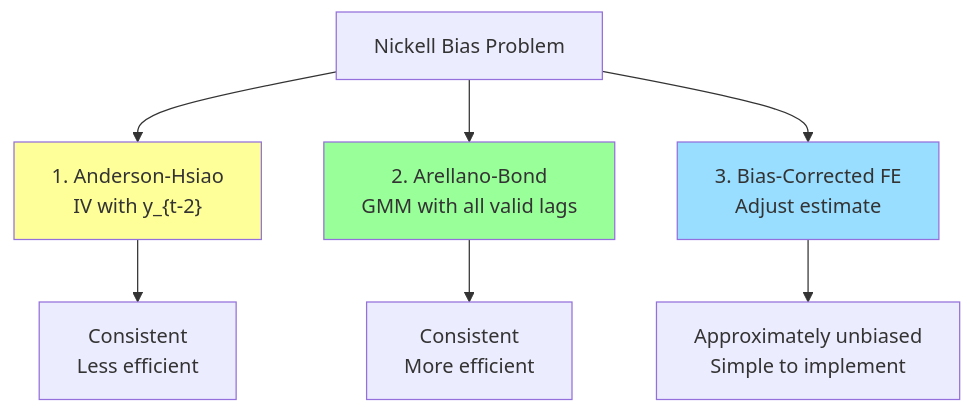
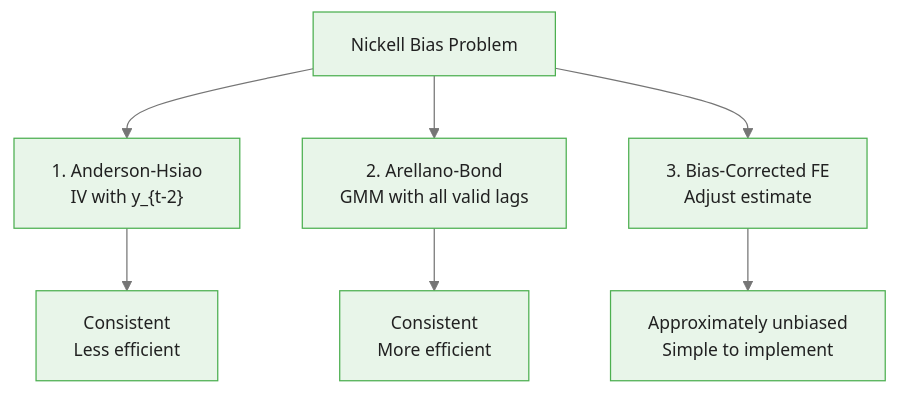
One commit to m-deane/course-creator changed the third of 4 diagrams in courses/panel-regression/modules/module_05_advanced_topics/guides/02_nickell_bias_slides.md. Above: the diagram before and after it, drawn with Mermaid. The commit also changed other lines of this file and 79 other files, not shown here.

````diff
--- a/courses/panel-regression/modules/module_05_advanced_topics/guides/02_nickell_bias_slides.md
+++ b/courses/panel-regression/modules/module_05_advanced_topics/guides/02_nickell_bias_slides.md
@@ -122,15 +146,12 @@
 ```mermaid
+%%{init: {"theme": "base", "themeVariables": {"primaryColor": "#e8f5e9", "primaryBorderColor": "#4caf50", "primaryTextColor": "#212121", "secondaryColor": "#e3f2fd", "tertiaryColor": "#fff8e1", "lineColor": "#757575", "fontFamily": "Inter, sans-serif", "fontSize": "14px"}}}%%
 flowchart TD
     BIAS["Nickell Bias Problem"]
     BIAS --> AH["1. Anderson-Hsiao<br/>IV with y_{t-2}"]
     BIAS --> AB["2. Arellano-Bond<br/>GMM with all valid lags"]
     BIAS --> BC["3. Bias-Corrected FE<br/>Adjust estimate"]
 
     AH --> CONSIST["Consistent<br/>Less efficient"]
     AB --> EFFIC["Consistent<br/>More efficient"]
     BC --> APPROX["Approximately unbiased<br/>Simple to implement"]
-
-    style AH fill:#ff9
-    style AB fill:#9f9
-    style BC fill:#9df
 ```
````
